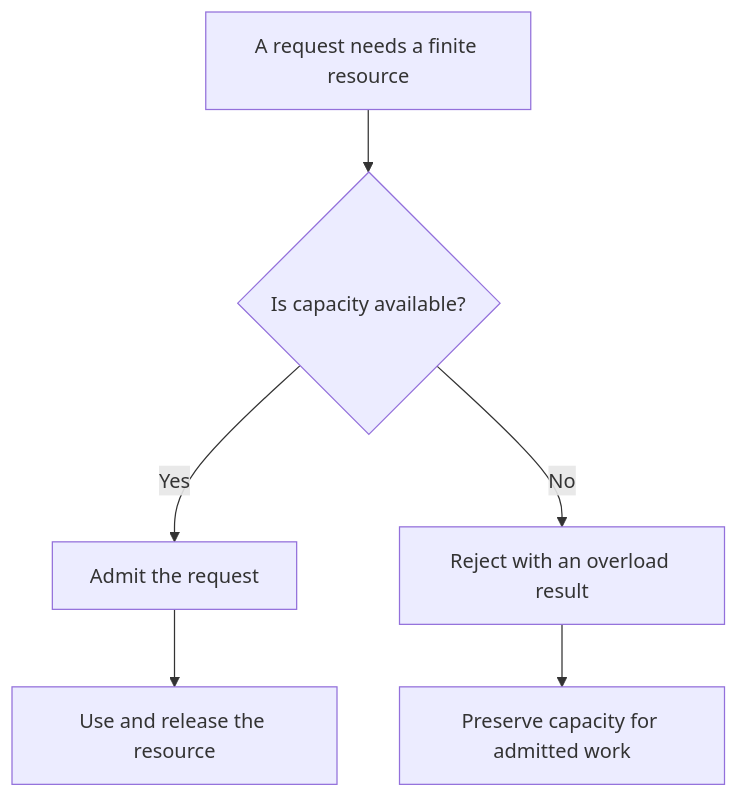
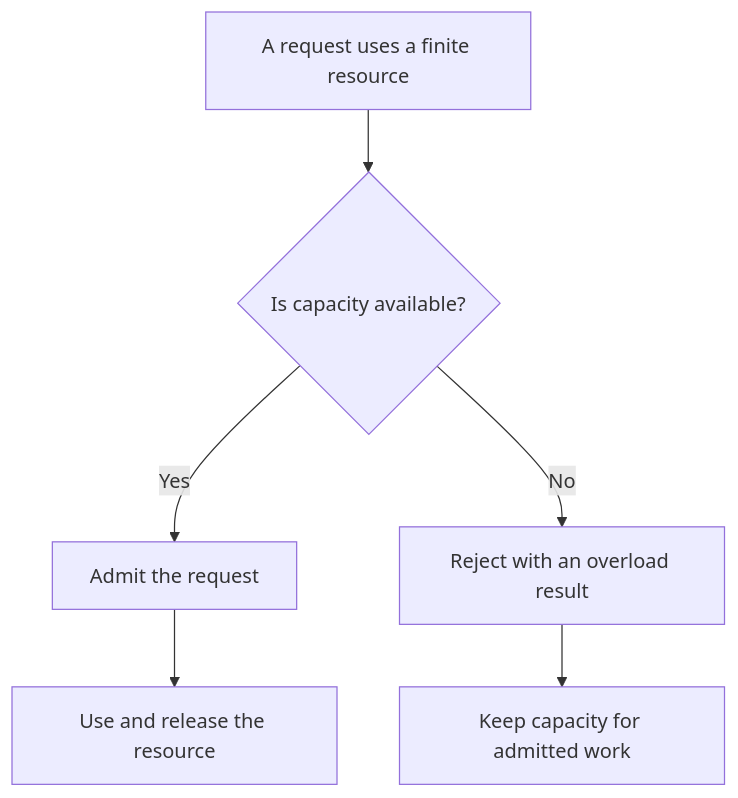
The diagram in docs/principles/details/p040-bounded-resources.md (HomericIntelligence/Athena), drawn with Mermaid before and after one commit. The commit also changed other lines of this file and 91 other files, not shown here.

````diff
--- a/docs/principles/details/p040-bounded-resources.md
+++ b/docs/principles/details/p040-bounded-resources.md
@@ -39,8 +41,8 @@
 ```mermaid
 flowchart TD
-    A["A request needs a finite resource"] --> B{"Is capacity available?"}
+    A["A request uses a finite resource"] --> B{"Is capacity available?"}
     B -- Yes --> C["Admit the request"]
     C --> D["Use and release the resource"]
     B -- No --> E["Reject with an overload result"]
-    E --> F["Preserve capacity for admitted work"]
+    E --> F["Keep capacity for admitted work"]
 ```
````
